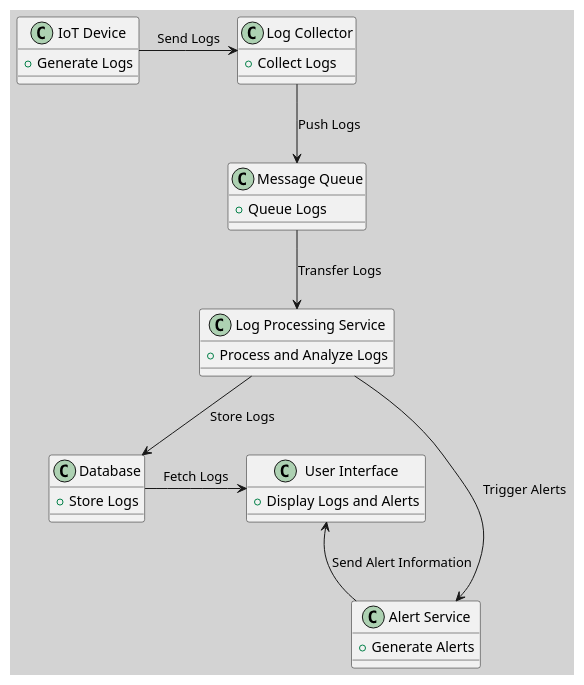
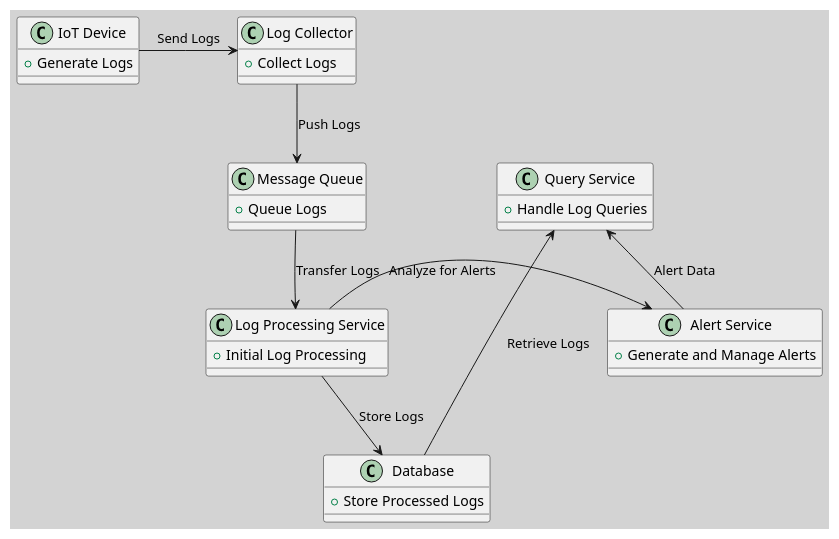
Before and after one commit to huangyingw/system_design: the diagram in interview_questions/iot_log_alert_system_architecture.puml, drawn with PlantUML.

```diff
--- a/interview_questions/iot_log_alert_system_architecture.puml
+++ b/interview_questions/iot_log_alert_system_architecture.puml
@@ -1,44 +1,44 @@
 @startuml
 skinparam backgroundColor #D3D3D3
 
 skinparam rectangle {
     BackgroundColor PaleGreen
     BorderColor DarkSlateGray
 }
 
 class "IoT Device" as IoTDevice {
     +Generate Logs
 }
 
 class "Log Collector" as LogCollector {
     +Collect Logs
 }
 
 class "Message Queue" as MessageQueue {
     +Queue Logs
 }
 
 class "Log Processing Service" as LogProcessing {
-    +Process and Analyze Logs
+    +Initial Log Processing
 }
 
 class "Database" as Database {
-    +Store Logs
+    +Store Processed Logs
+}
+
+class "Query Service" as QueryService {
+    +Handle Log Queries
 }
 
 class "Alert Service" as AlertService {
-    +Generate Alerts
-}
-
-class "User Interface" as UserInterface {
-    +Display Logs and Alerts
+    +Generate and Manage Alerts
 }
 
 IoTDevice -right-> LogCollector : Send Logs
 LogCollector -down-> MessageQueue : Push Logs
 MessageQueue -down-> LogProcessing : Transfer Logs
 LogProcessing -down-> Database : Store Logs
-LogProcessing -down-> AlertService : Trigger Alerts
-Database -right-> UserInterface : Fetch Logs
-AlertService -up-> UserInterface : Send Alert Information
+Database -left-> QueryService : Retrieve Logs
+LogProcessing -right-> AlertService : Analyze for Alerts
+AlertService -up-> QueryService : Alert Data
 @enduml
```
